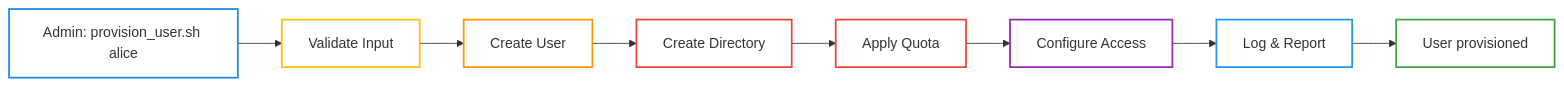
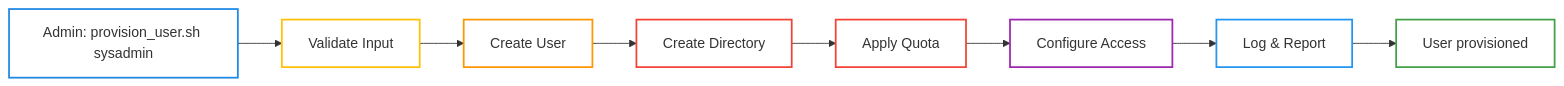
One commit to aaronwittchen/Automated-Storage-Provisioning-Tool changed the fifth of 7 diagrams in docs/architecture.md. Above: the diagram before and after it, drawn with Mermaid. The commit also changed other lines of this file and 8 other files, not shown here.

````diff
--- a/docs/architecture.md
+++ b/docs/architecture.md
@@ -270,19 +270,19 @@
 ```mermaid
 graph LR
-    A["Admin: provision_user.sh alice"] --> B["Validate Input"]
+    A["Admin: provision_user.sh sysadmin"] --> B["Validate Input"]
     B --> C["Create User"]
     C --> D["Create Directory"]
     D --> E["Apply Quota"]
     E --> F["Configure Access"]
     F --> G["Log & Report"]
     G --> H["User provisioned"]
     
     style A stroke:#1e88e5,stroke-width:2px,fill:none
     style B stroke:#ffc107,stroke-width:2px,fill:none
     style C stroke:#ff9800,stroke-width:2px,fill:none
     style D stroke:#f44336,stroke-width:2px,fill:none
     style E stroke:#f44336,stroke-width:2px,fill:none
     style F stroke:#9c27b0,stroke-width:2px,fill:none
     style G stroke:#2196f3,stroke-width:2px,fill:none
     style H stroke:#43a047,stroke-width:2px,fill:none
 ```
````
